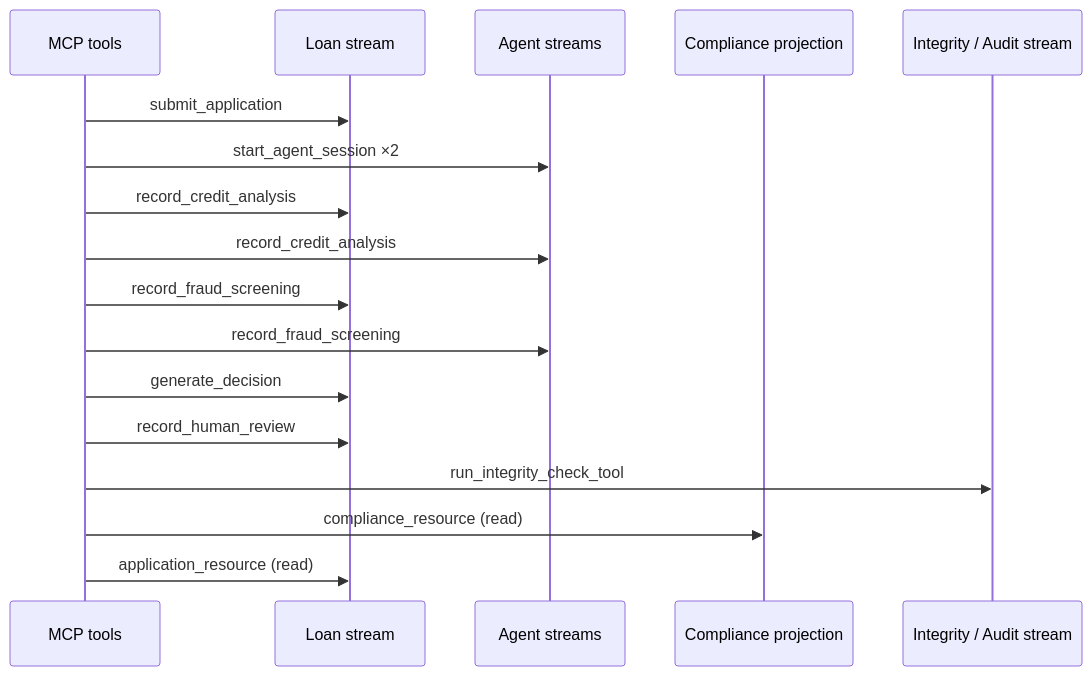
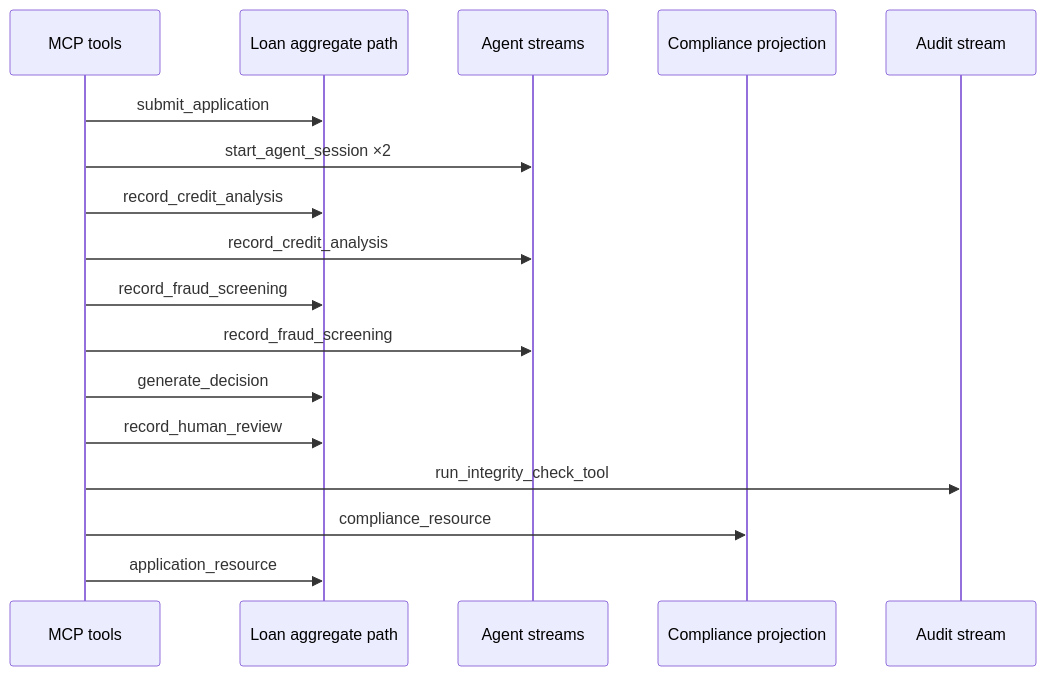
One commit to Kemrish/The-Ledger changed the seventh of 7 diagrams in FINAL_SUBMISSION_REPORT.md. Above: the diagram before and after it, drawn with Mermaid. The commit also changed other lines of this file and 23 other files, not shown here.

````diff
--- a/FINAL_SUBMISSION_REPORT.md
+++ b/FINAL_SUBMISSION_REPORT.md
@@ -248,20 +477,20 @@
 ```mermaid
 sequenceDiagram
     participant T as MCP tools
-    participant L as Loan stream
+    participant L as Loan aggregate path
     participant A as Agent streams
     participant C as Compliance projection
-    participant I as Integrity / Audit stream
+    participant I as Audit stream
 
     T->>L: submit_application
     T->>A: start_agent_session ×2
     T->>L: record_credit_analysis
     T->>A: record_credit_analysis
     T->>L: record_fraud_screening
     T->>A: record_fraud_screening
     T->>L: generate_decision
     T->>L: record_human_review
     T->>I: run_integrity_check_tool
-    T->>C: compliance_resource (read)
-    T->>L: application_resource (read)
+    T->>C: compliance_resource
+    T->>L: application_resource
 ```
````
